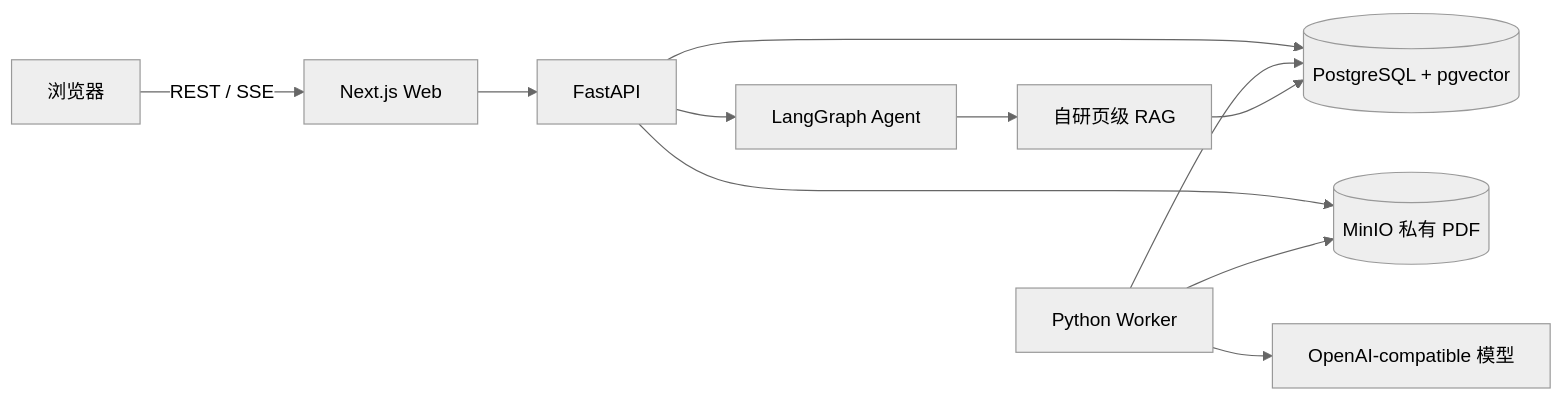
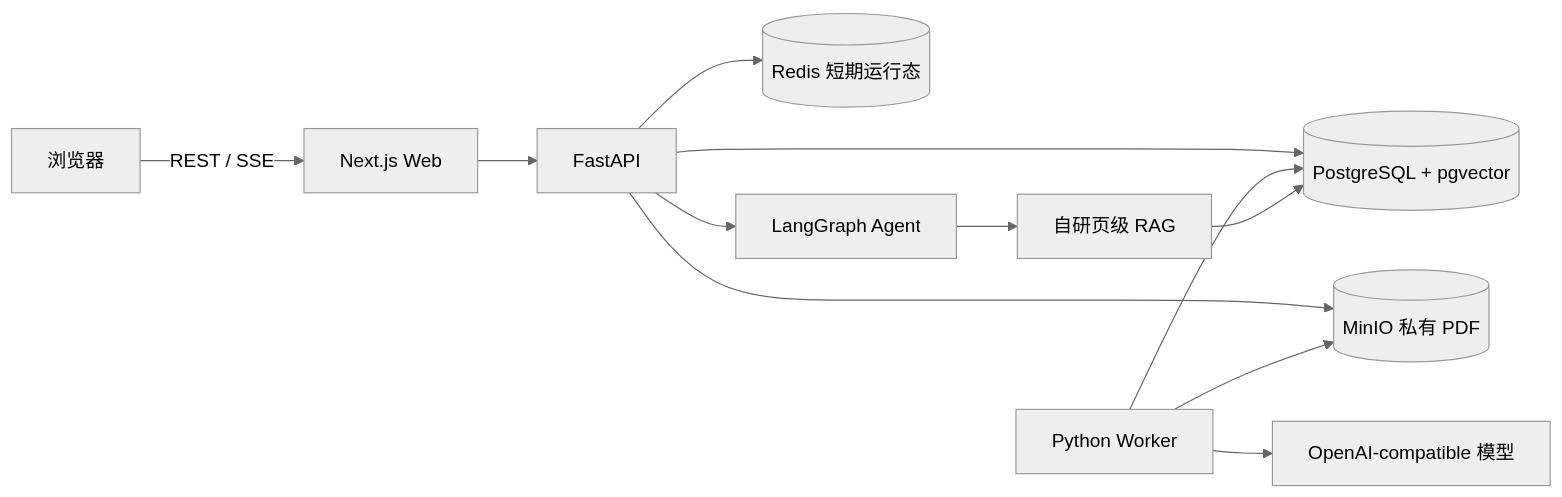
One commit to FrostWane/PaperLeaf changed the diagram in README.md. Above: the diagram before and after it, drawn with Mermaid (neutral theme). The commit also changed other lines of this file and 17 other files, not shown here.

````diff
--- a/README.md
+++ b/README.md
@@ -213,13 +215,14 @@
 ```mermaid
 flowchart LR
     U["浏览器"] -->|"REST / SSE"| W["Next.js Web"]
     W --> A["FastAPI"]
     A --> P[("PostgreSQL + pgvector")]
     A --> M[("MinIO 私有 PDF")]
+    A --> C[("Redis 短期运行态")]
     A --> G["LangGraph Agent"]
     Q["Python Worker"] --> P
     Q --> M
     Q --> L["OpenAI-compatible 模型"]
     G --> R["自研页级 RAG"]
     R --> P
 ```
````
